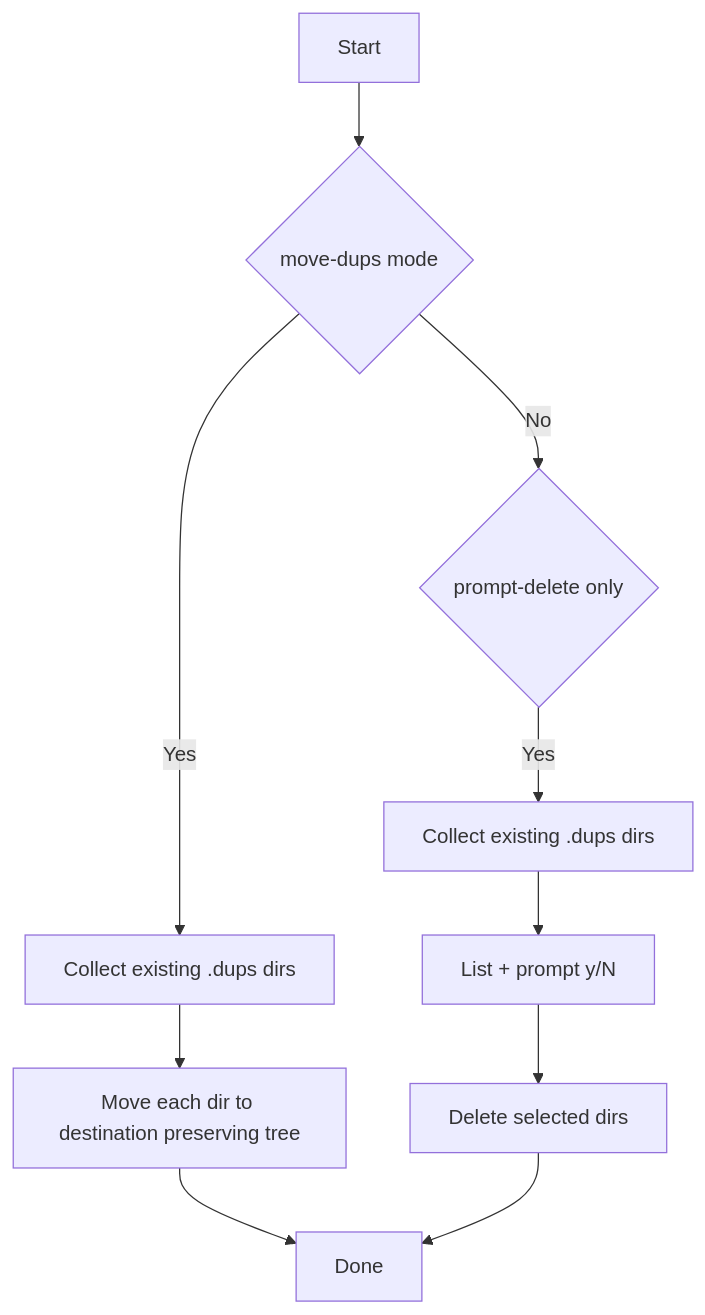
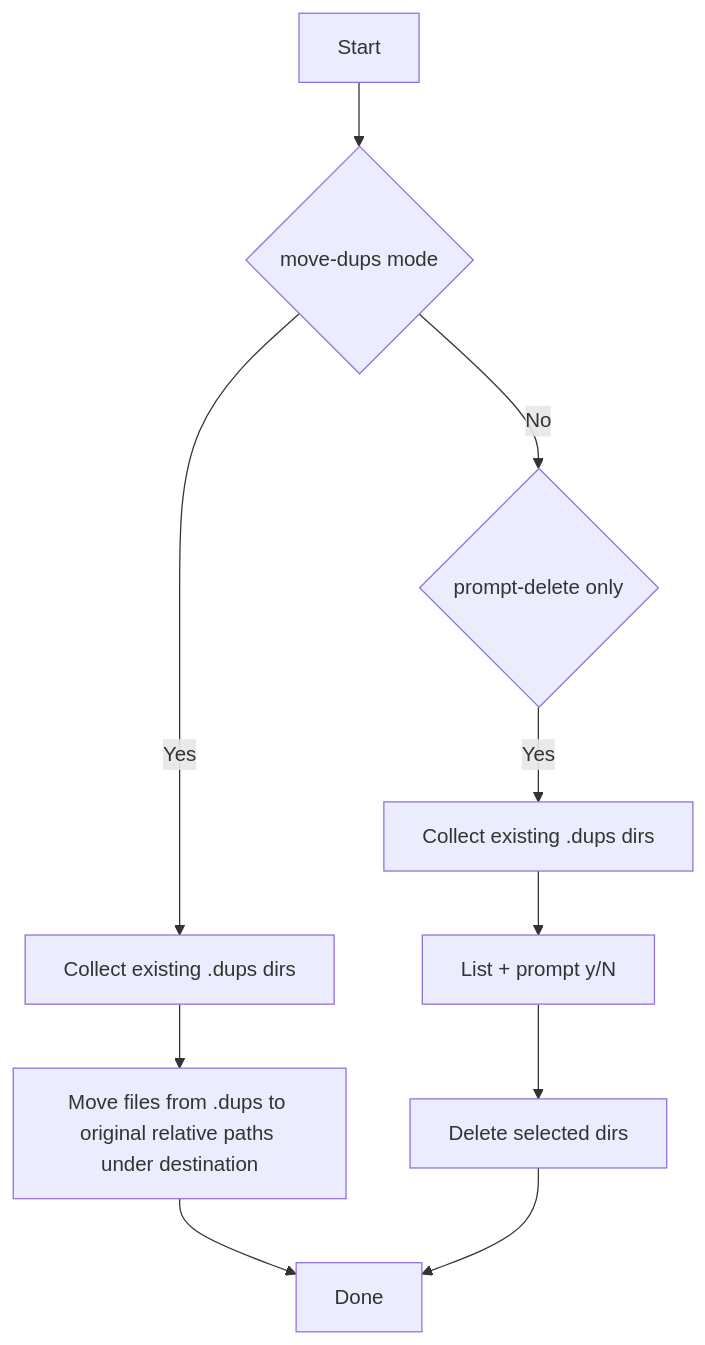
Before and after one commit to ngpepin/lshash: diagram 14 of 15 in ARCHITECTURE.md, drawn with Mermaid. The commit also changed other lines of this file and 5 other files, not shown here.

````diff
--- a/ARCHITECTURE.md
+++ b/ARCHITECTURE.md
@@ -251,12 +252,12 @@
 ```mermaid
 flowchart TD
   A[Start] --> B{move-dups mode}
   B -->|Yes| C[Collect existing .dups dirs]
-  C --> D[Move each dir to destination preserving tree]
+   C --> D[Move files from .dups to original relative paths under destination]
   D --> E[Done]
   B -->|No| F{prompt-delete only}
   F -->|Yes| G[Collect existing .dups dirs]
   G --> H[List + prompt y/N]
   H --> I[Delete selected dirs]
   I --> E
 ```
````
